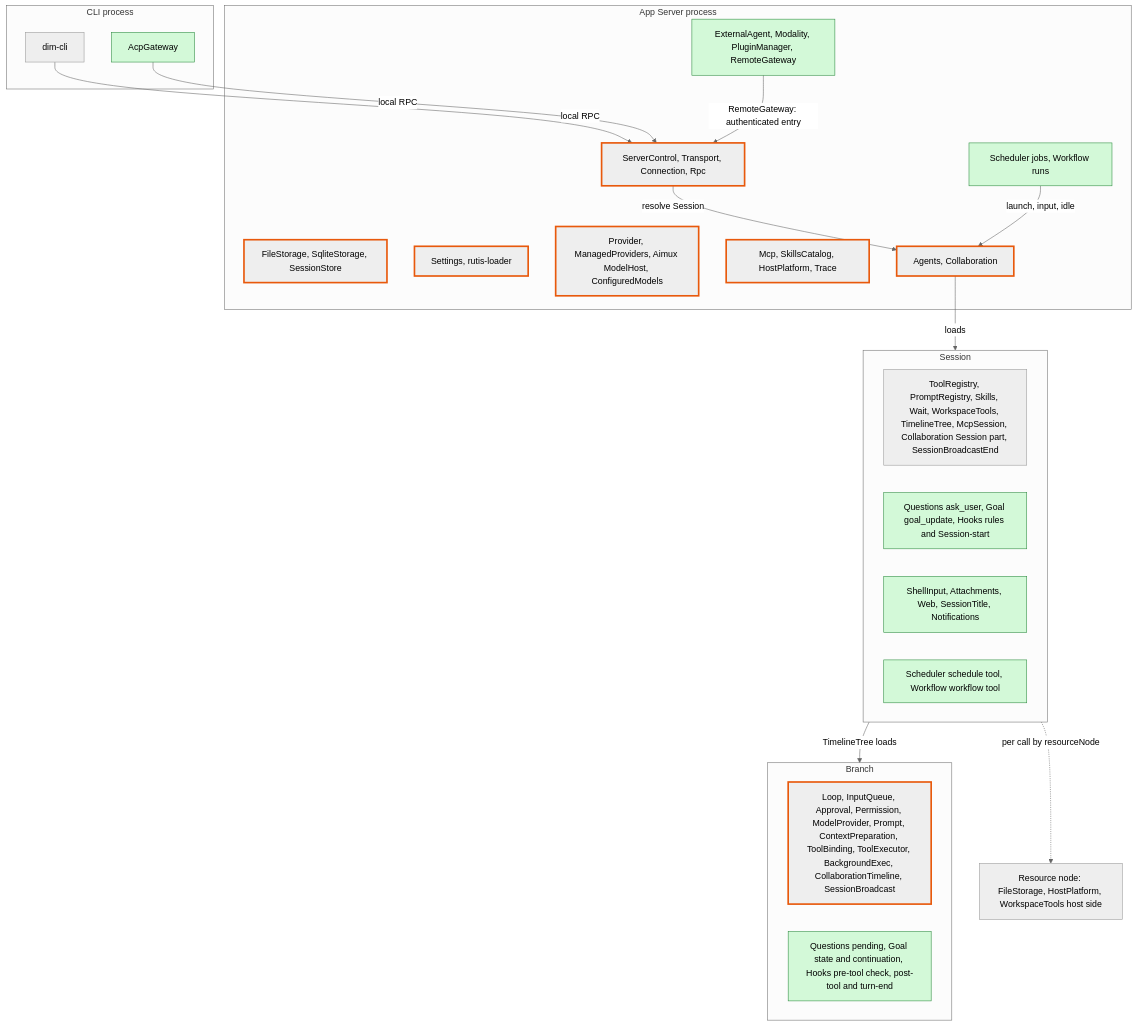
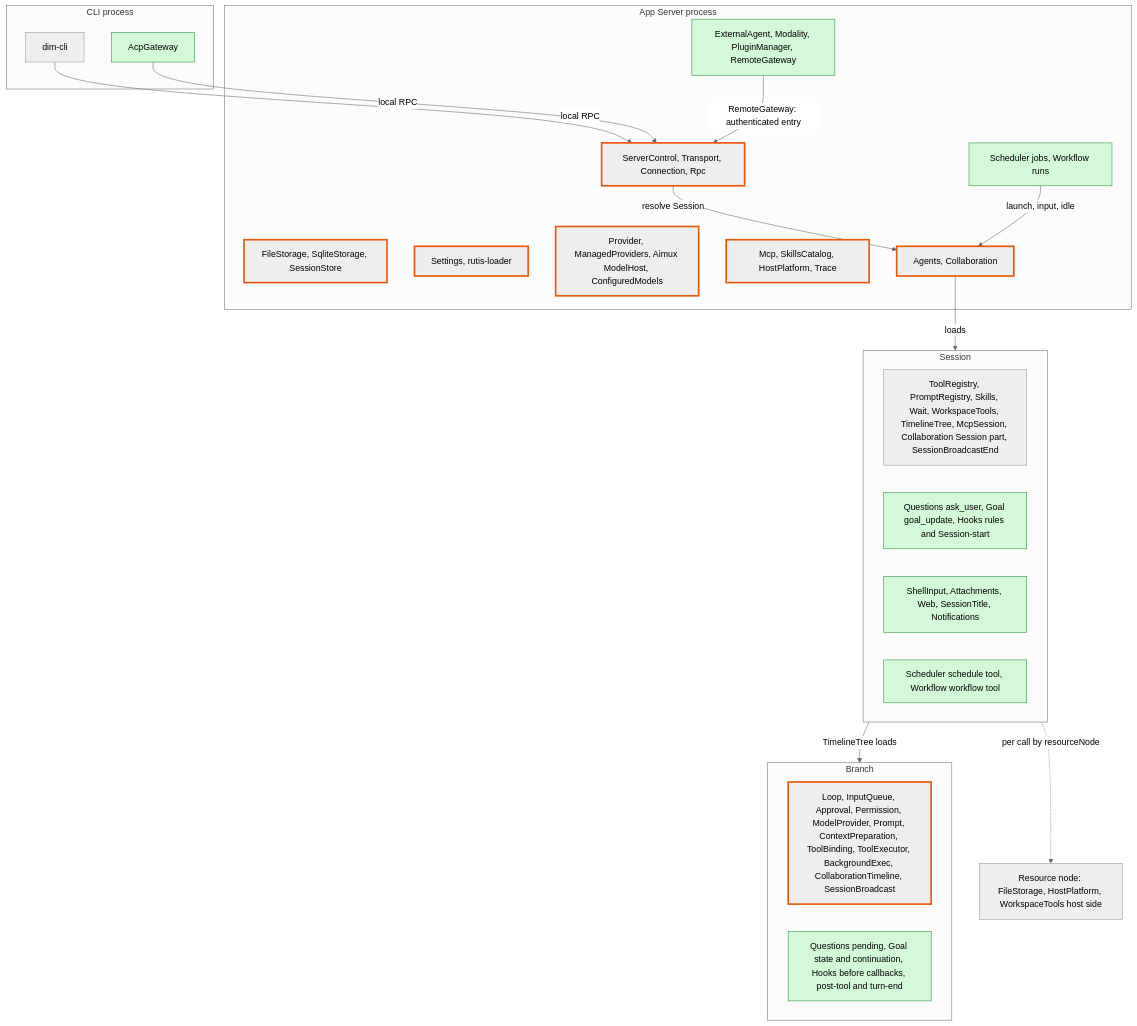
One commit to CoutinhoTTS/dim-agent changed the first of 8 diagrams in docs/design/overview.md. Above: the diagram before and after it, drawn with Mermaid (neutral theme). The commit also changed other lines of this file and 18 other files, not shown here.

First line of the commit message:
docs(design): hooks via asynchronous before callbacks and withdraw/delete input events

````diff
--- a/docs/design/overview.md
+++ b/docs/design/overview.md
@@ -25,40 +25,40 @@
 ```mermaid
 flowchart TB
   classDef new fill:#d3f9d8,stroke:#2b8a3e,color:#000
   classDef changed stroke:#e8590c,stroke-width:3px
 
   subgraph CLIP["CLI process"]
     cli["dim-cli"]
     acp["AcpGateway"]:::new
   end
   subgraph PROC["App Server process"]
     entry["ServerControl, Transport, Connection, Rpc"]:::changed
     store["FileStorage, SqliteStorage, SessionStore"]:::changed
     cfg["Settings, rutis-loader"]:::changed
     models["Provider, ManagedProviders, Aimux ModelHost, ConfiguredModels"]:::changed
     cat["Mcp, SkillsCatalog, HostPlatform, Trace"]:::changed
     agents["Agents, Collaboration"]:::changed
     pnew["Scheduler jobs, Workflow runs"]:::new
     pext["ExternalAgent, Modality, PluginManager, RemoteGateway"]:::new
   end
   subgraph SES["Session"]
     sexist["ToolRegistry, PromptRegistry, Skills, Wait, WorkspaceTools, TimelineTree, McpSession, Collaboration Session part, SessionBroadcastEnd"]
     snew1["Questions ask_user, Goal goal_update, Hooks rules and Session-start"]:::new
     snew2["ShellInput, Attachments, Web, SessionTitle, Notifications"]:::new
     snew3["Scheduler schedule tool, Workflow workflow tool"]:::new
   end
   subgraph BR["Branch"]
     bexist["Loop, InputQueue, Approval, Permission, ModelProvider, Prompt, ContextPreparation, ToolBinding, ToolExecutor, BackgroundExec, CollaborationTimeline, SessionBroadcast"]:::changed
-    bnew["Questions pending, Goal state and continuation, Hooks pre-tool check, post-tool and turn-end"]:::new
+    bnew["Questions pending, Goal state and continuation, Hooks before callbacks, post-tool and turn-end"]:::new
   end
   rn["Resource node: FileStorage, HostPlatform, WorkspaceTools host side"]
 
   cli -->|"local RPC"| entry
   acp -->|"local RPC"| entry
   pext -->|"RemoteGateway: authenticated entry"| entry
   entry -->|"resolve Session"| agents
   agents -->|"loads"| SES
   SES -->|"TimelineTree loads"| BR
   pnew -->|"launch, input, idle"| agents
   SES -.->|"per call by resourceNode"| rn
 ```
````
